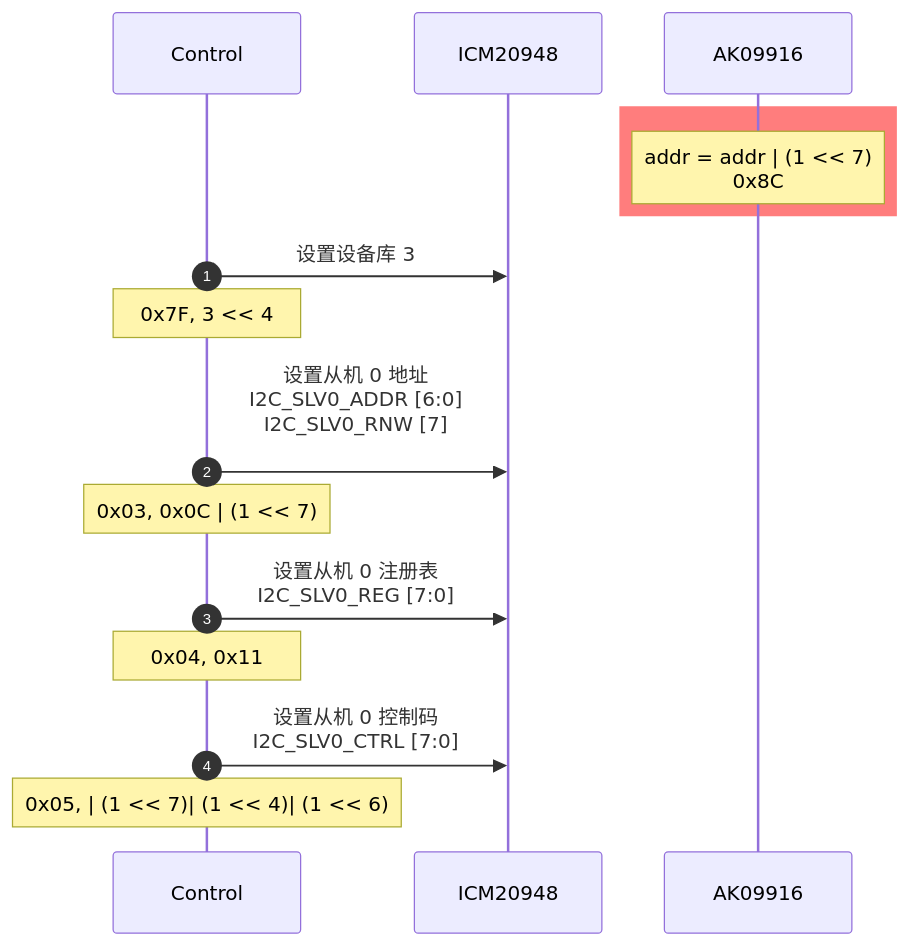
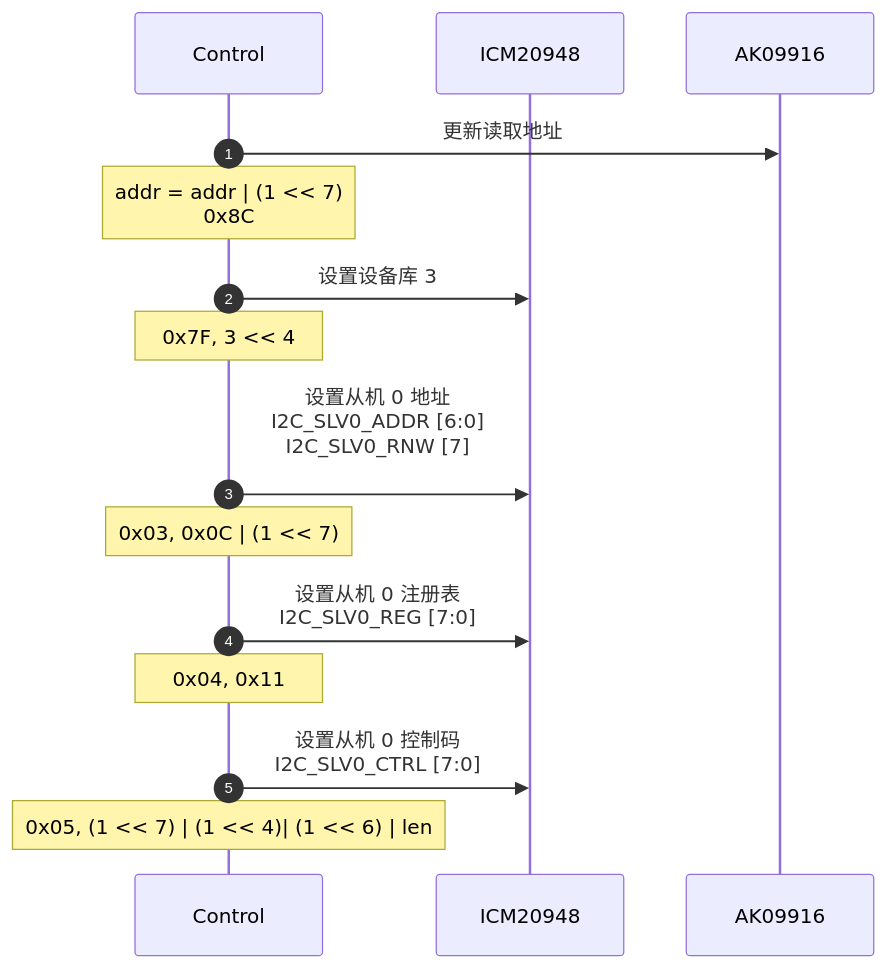
Before and after one commit to hkdickyko/hkdickyko.github.io: the sixth of 6 diagrams in _posts/2025-04-06-mdchart.md, drawn with Mermaid. The commit also changed other lines of this file, not shown here.

```diff
--- a/_posts/2025-04-06-mdchart.md
+++ b/_posts/2025-04-06-mdchart.md
@@ -358,18 +357,17 @@
 <div class="mermaid">
 sequenceDiagram;
    autonumber;
    participant C as Control;
    participant I as ICM20948;
-   participant A as AK09916; 
-   rect rgb(255,125,125);
-   note over A: addr = addr | (1 << 7)<br/>0x8C;
-   end;
+   participant A as AK09916;
+   C->>A: 更新读取地址; 
+   note over C: addr = addr | (1 << 7)<br/>0x8C;
    C->>I: 设置设备库 3;
    note over C: 0x7F, 3 << 4;
    C->>I: 设置从机 0 地址<br/>I2C_SLV0_ADDR [6:0]<br/>I2C_SLV0_RNW [7]<br/>;
    note over C: 0x03, 0x0C | (1 << 7);
    C->>I: 设置从机 0 注册表<br/>I2C_SLV0_REG [7:0];
    note over C: 0x04, 0x11;
    C->>I: 设置从机 0 控制码<br/>I2C_SLV0_CTRL [7:0];
-   note over C: 0x05, | (1 << 7)| (1 << 4)| (1 << 6);
+   note over C: 0x05, (1 << 7) | (1 << 4)| (1 << 6) | len;
 </div>
```
